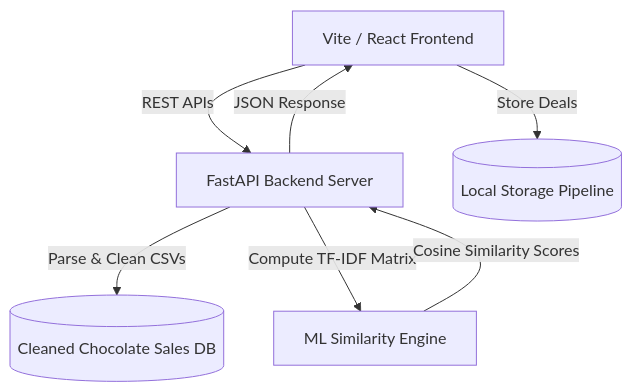
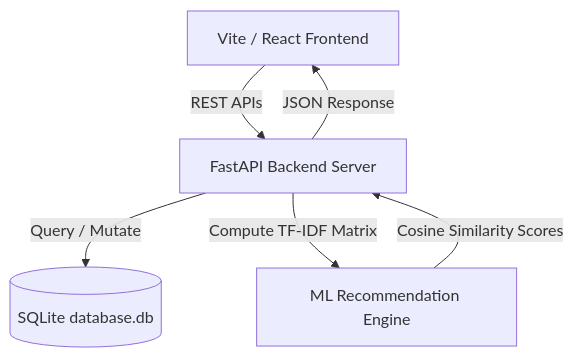
One commit to shubh152205/AnimeGenie_ShubhamSharma changed the diagram in salesgenie/README.md. Above: the diagram before and after it, drawn with Mermaid. The commit also changed other lines of this file and 59 other files, not shown here.

````diff
--- a/salesgenie/README.md
+++ b/salesgenie/README.md
@@ -9,9 +9,8 @@
 ```mermaid
 graph TD
     A[Vite / React Frontend] -->|REST APIs| B[FastAPI Backend Server]
-    B -->|Parse & Clean CSVs| C[(Cleaned Chocolate Sales DB)]
-    B -->|Compute TF-IDF Matrix| D[ML Similarity Engine]
+    B -->|Query / Mutate| C[(SQLite database.db)]
+    B -->|Compute TF-IDF Matrix| D[ML Recommendation Engine]
     D -->|Cosine Similarity Scores| B
     B -->|JSON Response| A
-    A -->|Store Deals| E[(Local Storage Pipeline)]
 ```
````
